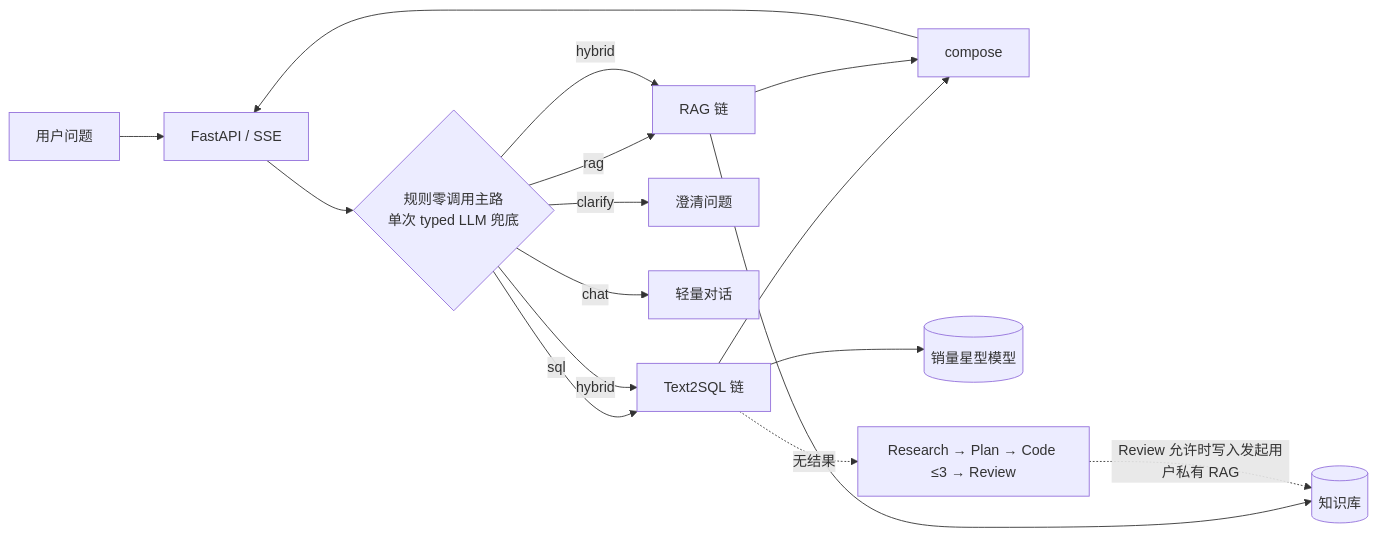
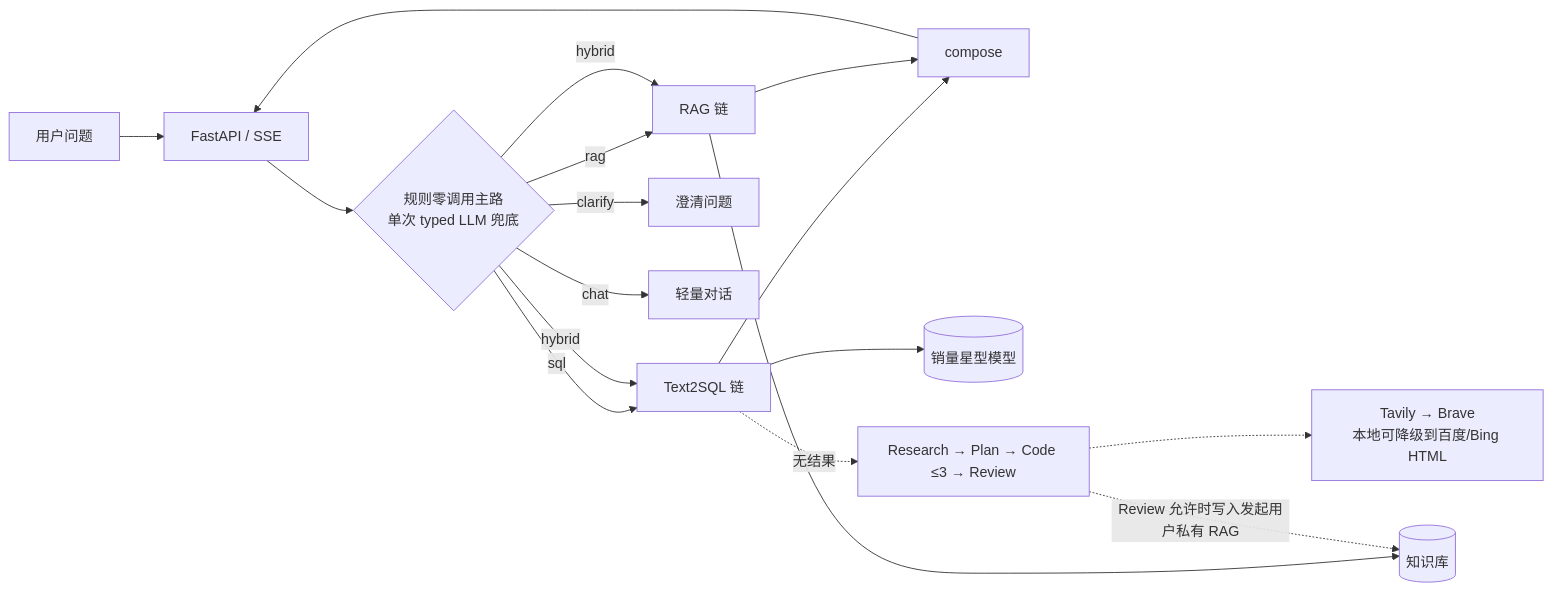
Before and after one commit to Gloria668866/study_code: the diagram in 车市镜/README.md, drawn with Mermaid. The commit also changed other lines of this file and 49 other files, not shown here.

````diff
--- a/车市镜/README.md
+++ b/车市镜/README.md
@@ -27,18 +28,19 @@
 ```mermaid
 flowchart LR
     U["用户问题"] --> API["FastAPI / SSE"]
     API --> NLU{"规则零调用主路<br/>单次 typed LLM 兜底"}
     NLU -->|sql| SQL["Text2SQL 链"]
     NLU -->|rag| RAG["RAG 链"]
     NLU -->|hybrid| SQL
     NLU -->|hybrid| RAG
     NLU -->|clarify| Q["澄清问题"]
     NLU -->|chat| CHAT["轻量对话"]
     SQL --> COMPOSE["compose"]
     RAG --> COMPOSE
     COMPOSE --> API
     SQL --> BI[("销量星型模型")]
     RAG --> KB[("知识库")]
     SQL -.->|无结果| PIPE["Research → Plan → Code ≤3 → Review"]
+    PIPE -.-> SEARCH["Tavily → Brave<br/>本地可降级到百度/Bing HTML"]
     PIPE -.->|Review 允许时写入发起用户私有 RAG| KB
 ```
````
